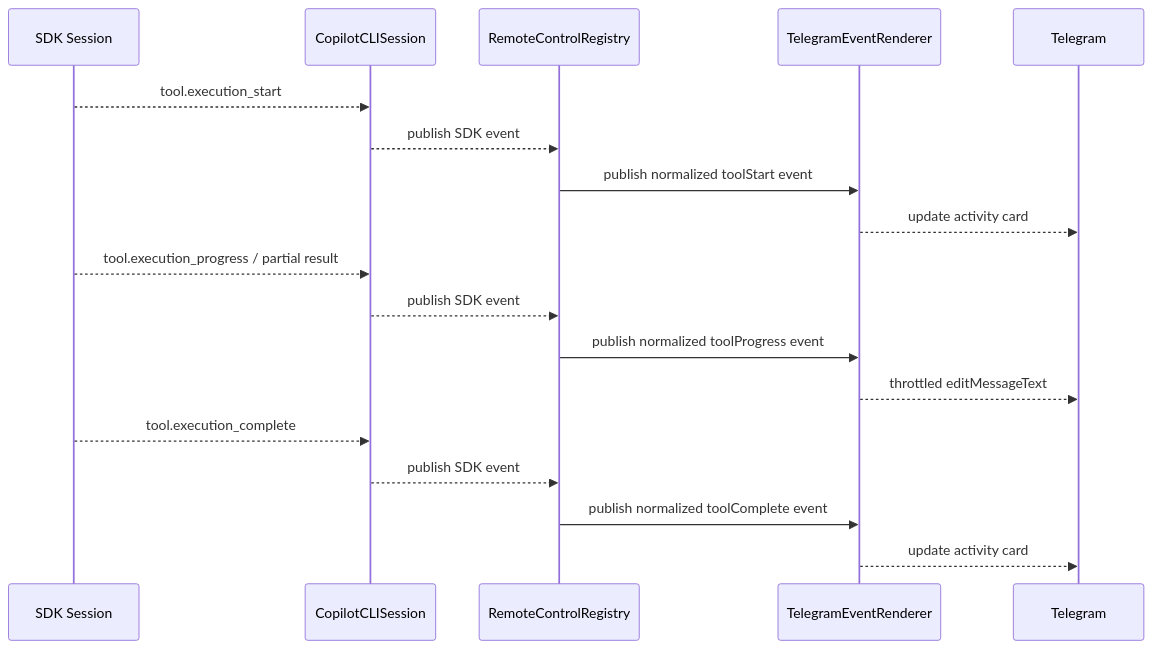
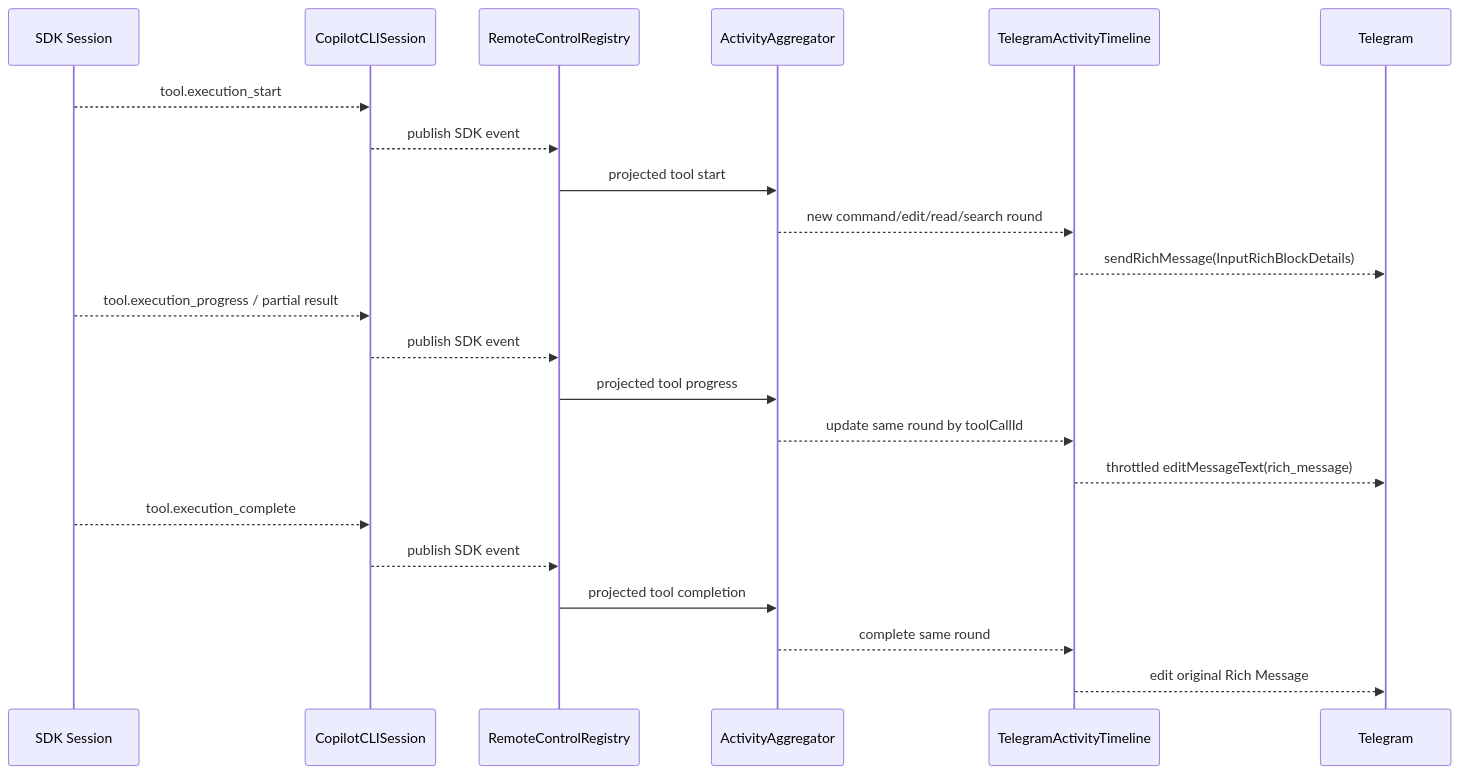
The ninth of 17 diagrams in extensions/copilot/docs/telegram-remote/CALL_FLOWS.md (SachiHarshitha/vscode-telegram), drawn with Mermaid before and after one commit. The commit also changed other lines of this file and 32 other files, not shown here.

Commit message:
feat: add steerable Telegram rich activity timeline

````diff
--- a/extensions/copilot/docs/telegram-remote/CALL_FLOWS.md
+++ b/extensions/copilot/docs/telegram-remote/CALL_FLOWS.md
@@ -224,21 +248,25 @@
 ```mermaid
 sequenceDiagram
     participant SDK as SDK Session
     participant S as CopilotCLISession
     participant C as RemoteControlRegistry
-    participant E as TelegramEventRenderer
+    participant A as ActivityAggregator
+    participant TL as TelegramActivityTimeline
     participant T as Telegram
 
     SDK-->>S: tool.execution_start
     S-->>C: publish SDK event
-    C->>E: publish normalized toolStart event
-    E-->>T: update activity card
+    C->>A: projected tool start
+    A-->>TL: new command/edit/read/search round
+    TL-->>T: sendRichMessage(InputRichBlockDetails)
     SDK-->>S: tool.execution_progress / partial result
     S-->>C: publish SDK event
-    C->>E: publish normalized toolProgress event
-    E-->>T: throttled editMessageText
+    C->>A: projected tool progress
+    A-->>TL: update same round by toolCallId
+    TL-->>T: throttled editMessageText(rich_message)
     SDK-->>S: tool.execution_complete
     S-->>C: publish SDK event
-    C->>E: publish normalized toolComplete event
-    E-->>T: update activity card
+    C->>A: projected tool completion
+    A-->>TL: complete same round
+    TL-->>T: edit original Rich Message
 ```
````
